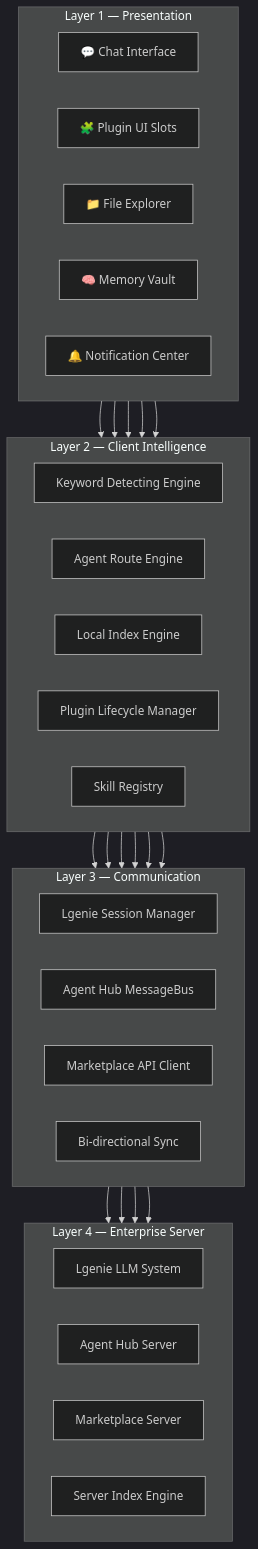
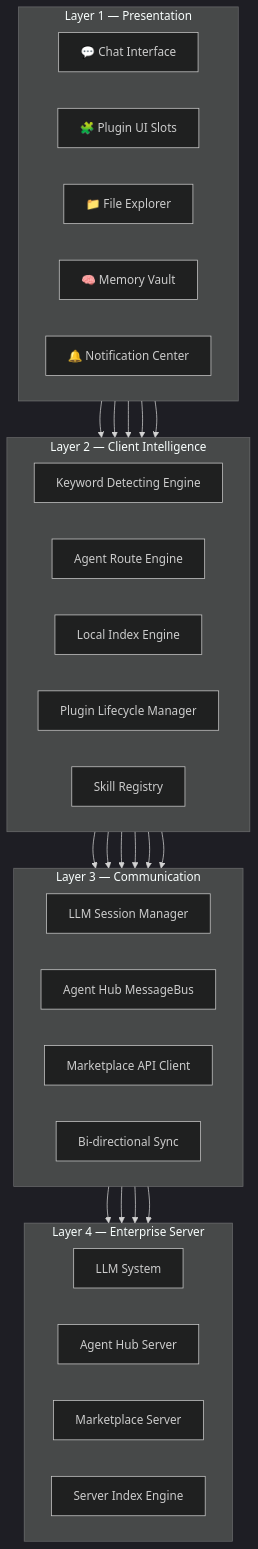
The fourth of 21 diagrams in docs/architecture/architecture.reference.md (lvis-project/lvis-app), drawn with Mermaid (dark theme) before and after one commit. The commit also changed other lines of this file and 86 other files, not shown here.

````diff
--- a/docs/architecture/architecture.reference.md
+++ b/docs/architecture/architecture.reference.md
@@ -164,54 +164,54 @@
 ```mermaid
 graph TB
     subgraph "Layer 1 — Presentation"
         direction LR
         L1_CHAT["💬 Chat Interface"]
         L1_PLUGIN_UI["🧩 Plugin UI Slots"]
         L1_FILE["📁 File Explorer"]
         L1_MEM["🧠 Memory Vault"]
         L1_NOTIFY["🔔 Notification Center"]
     end
 
     subgraph "Layer 2 — Client Intelligence"
         direction LR
         L2_KW["Keyword Detecting Engine"]
         L2_ROUTE["Agent Route Engine"]
         L2_IDX["Local Index Engine"]
         L2_PLUGIN["Plugin Lifecycle Manager"]
         L2_SKILL["Skill Registry"]
     end
 
     subgraph "Layer 3 — Communication"
         direction LR
-        L3_SESSION["Lgenie Session Manager"]
+        L3_SESSION["LLM Session Manager"]
         L3_MSGBUS["Agent Hub MessageBus"]
         L3_MARKET["Marketplace API Client"]
         L3_SYNC["Bi-directional Sync"]
     end
 
     subgraph "Layer 4 — Enterprise Server"
         direction LR
-        L4_LLM["Lgenie LLM System"]
+        L4_LLM["LLM System"]
         L4_AGENT["Agent Hub Server"]
         L4_MARKET["Marketplace Server"]
         L4_INDEX["Server Index Engine"]
     end
 
     L1_CHAT --> L2_KW
     L1_CHAT --> L2_ROUTE
     L1_PLUGIN_UI --> L2_PLUGIN
     L1_FILE --> L2_IDX
     L1_MEM --> L2_IDX
 
     L2_KW --> L3_SESSION
     L2_ROUTE --> L3_MSGBUS
     L2_ROUTE --> L3_SESSION
     L2_PLUGIN --> L3_MARKET
     L2_IDX --> L3_SYNC
     L2_SKILL --> L3_SESSION
 
     L3_SESSION --> L4_LLM
     L3_MSGBUS --> L4_AGENT
     L3_MARKET --> L4_MARKET
     L3_SYNC --> L4_INDEX
 ```
````
